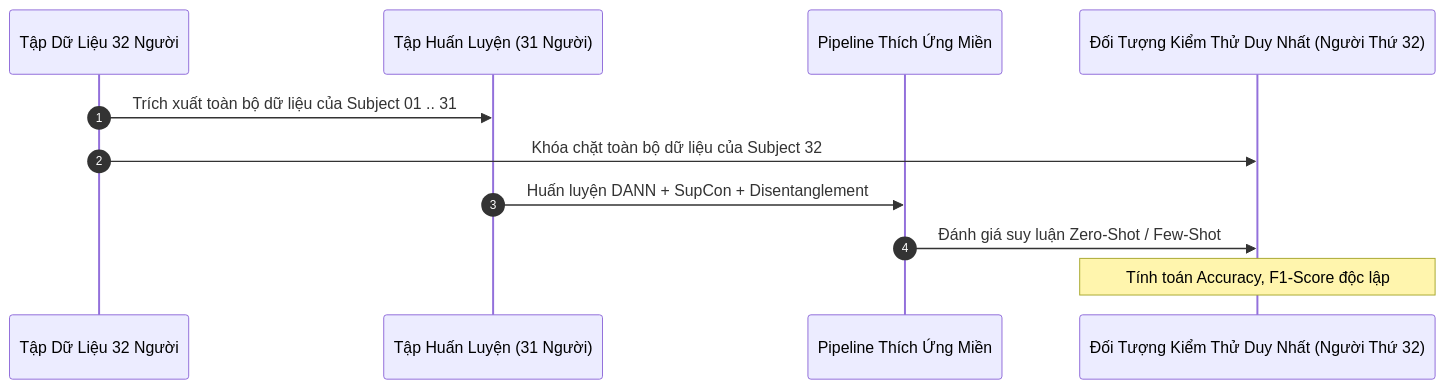
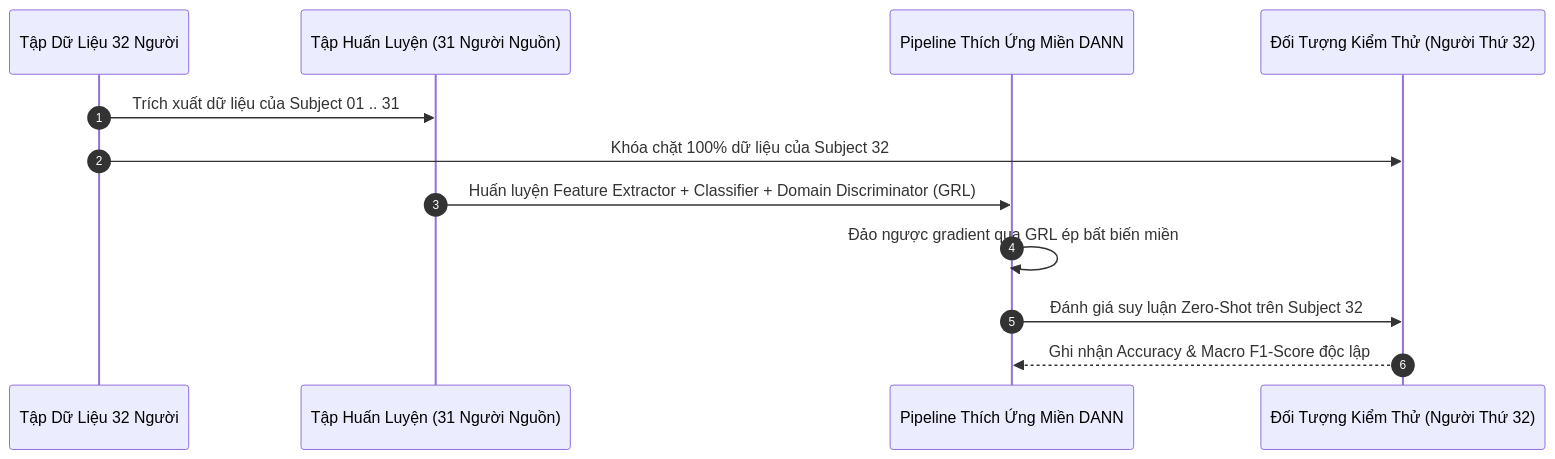
The third of 4 diagrams in _posts/2026-09-16-eeg-05-05-tong-quat-hoa-cheo-doi-tuong.md (kiennt308/ntk), drawn with Mermaid before and after one commit. The commit also changed other lines of this file and 7 other files, not shown here.

````diff
--- a/_posts/2026-09-16-eeg-05-05-tong-quat-hoa-cheo-doi-tuong.md
+++ b/_posts/2026-09-16-eeg-05-05-tong-quat-hoa-cheo-doi-tuong.md
@@ -256,14 +111,15 @@
 ```mermaid
 sequenceDiagram
     autonumber
     participant D as Tập Dữ Liệu 32 Người
-    participant Train as Tập Huấn Luyện (31 Người)
-    participant Model as Pipeline Thích Ứng Miền
-    participant Test as Đối Tượng Kiểm Thử Duy Nhất (Người Thứ 32)
+    participant Train as Tập Huấn Luyện (31 Người Nguồn)
+    participant Model as Pipeline Thích Ứng Miền DANN
+    participant Test as Đối Tượng Kiểm Thử (Người Thứ 32)
 
-    D->>Train: Trích xuất toàn bộ dữ liệu của Subject 01 .. 31
-    D->>Test: Khóa chặt toàn bộ dữ liệu của Subject 32
-    Train->>Model: Huấn luyện DANN + SupCon + Disentanglement
-    Model->>Test: Đánh giá suy luận Zero-Shot / Few-Shot
-    Note over Test: Tính toán Accuracy, F1-Score độc lập
+    D->>Train: Trích xuất dữ liệu của Subject 01 .. 31
+    D->>Test: Khóa chặt 100% dữ liệu của Subject 32
+    Train->>Model: Huấn luyện Feature Extractor + Classifier + Domain Discriminator (GRL)
+    Model->>Model: Đảo ngược gradient qua GRL ép bất biến miền
+    Model->>Test: Đánh giá suy luận Zero-Shot trên Subject 32
+    Test-->>Model: Ghi nhận Accuracy & Macro F1-Score độc lập
 ```
````
